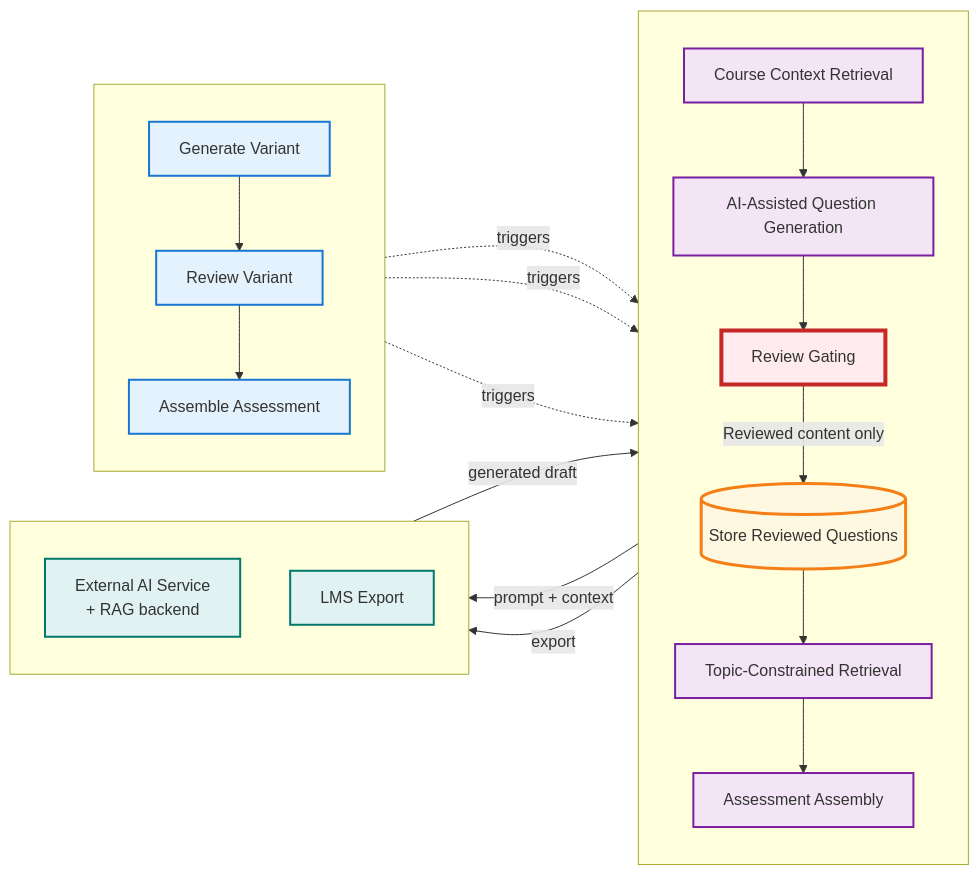
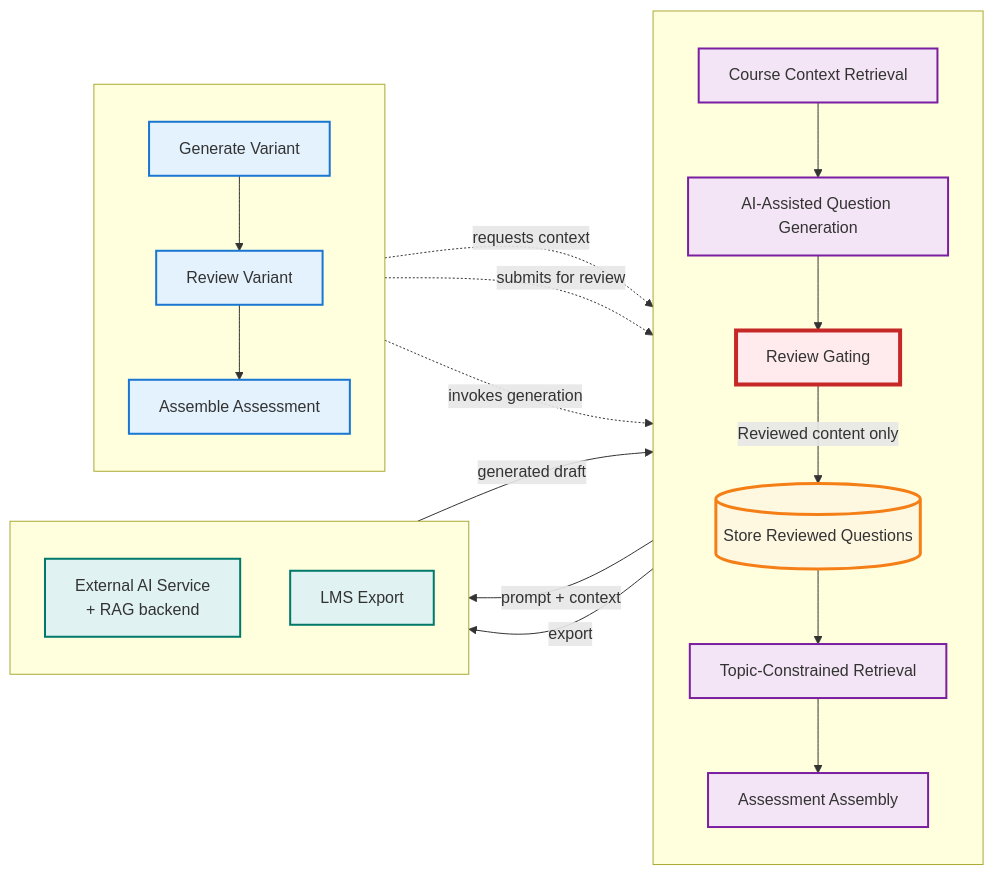
One commit to EduAI-Lab/Question-Maker changed the diagram in docs/diagrams/paper architecture/system-overview.md. Above: the diagram before and after it, drawn with Mermaid. The commit also changed 1 other file, not shown here.

````diff
--- a/docs/diagrams/paper architecture/system-overview.md
+++ b/docs/diagrams/paper architecture/system-overview.md
@@ -1,60 +1,60 @@
 ```mermaid
 graph LR
     %% Column 1: Instructor Actions (Left, Thin)
     subgraph Col1[" "]
         direction TB
         Request[Generate Variant]
         ReviewAction[Review Variant]
         Assemble[Assemble Assessment]
         
         Request --> ReviewAction
         ReviewAction --> Assemble
     end
     
     %% Column 2: Core Question Maker Workflow (Center, Main - 60-70%)
     subgraph Col2[" "]
         direction TB
         RAG[Course Context Retrieval]
         Generation[AI-Assisted Question Generation]
         ReviewGate[Review Gating]
         QuestionStore[( Store Reviewed Questions)]
         TopicRetrieval[Topic-Constrained Retrieval]
         AssessmentAssembly[Assessment Assembly]
         
         RAG --> Generation
         Generation --> ReviewGate
         ReviewGate -->|Reviewed content only| QuestionStore
         QuestionStore --> TopicRetrieval
         TopicRetrieval --> AssessmentAssembly
     end
     
     %% Column 3: External Interfaces (Right, Thin)
     subgraph Col3[" "]
         direction TB
         AIService[External AI Service <br/> + RAG backend]
         LMSExport[LMS Export]
     end
     
     %% Connections from Column 1 to Column 2
-    Request -.->|triggers| RAG
-    ReviewAction -.->|triggers| ReviewGate
-    Assemble -.->|triggers| TopicRetrieval
+    Request -.->|requests context| RAG
+    ReviewAction -.->|submits for review| ReviewGate
+    Assemble -.->|invokes generation| TopicRetrieval
     
     %% Connections from Column 2 to Column 3 (our system drives external services)
     Generation -->|prompt + context| AIService
     AIService -->|generated draft| Generation
     AssessmentAssembly -->|export| LMSExport
     
     %% Styling
     classDef instructor fill:#e3f2fd,stroke:#1976d2,stroke-width:2px
     classDef core fill:#f3e5f5,stroke:#7b1fa2,stroke-width:2px
     classDef reviewGate fill:#ffebee,stroke:#c62828,stroke-width:4px
     classDef database fill:#fff8e1,stroke:#f57f17,stroke-width:3px
     classDef external fill:#e0f2f1,stroke:#00796b,stroke-width:2px
     
     class Request,ReviewAction,Assemble instructor
     class RAG,Generation,TopicRetrieval,AssessmentAssembly core
     class ReviewGate reviewGate
     class QuestionStore database
     class AIService,LMSExport external
 ```
````
